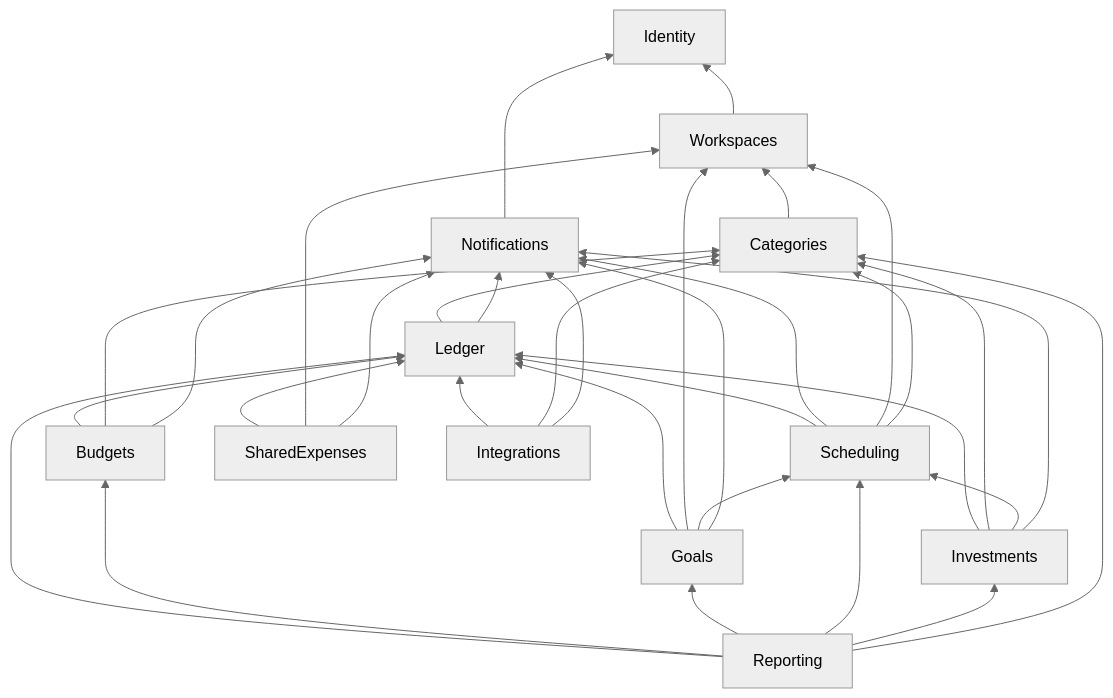
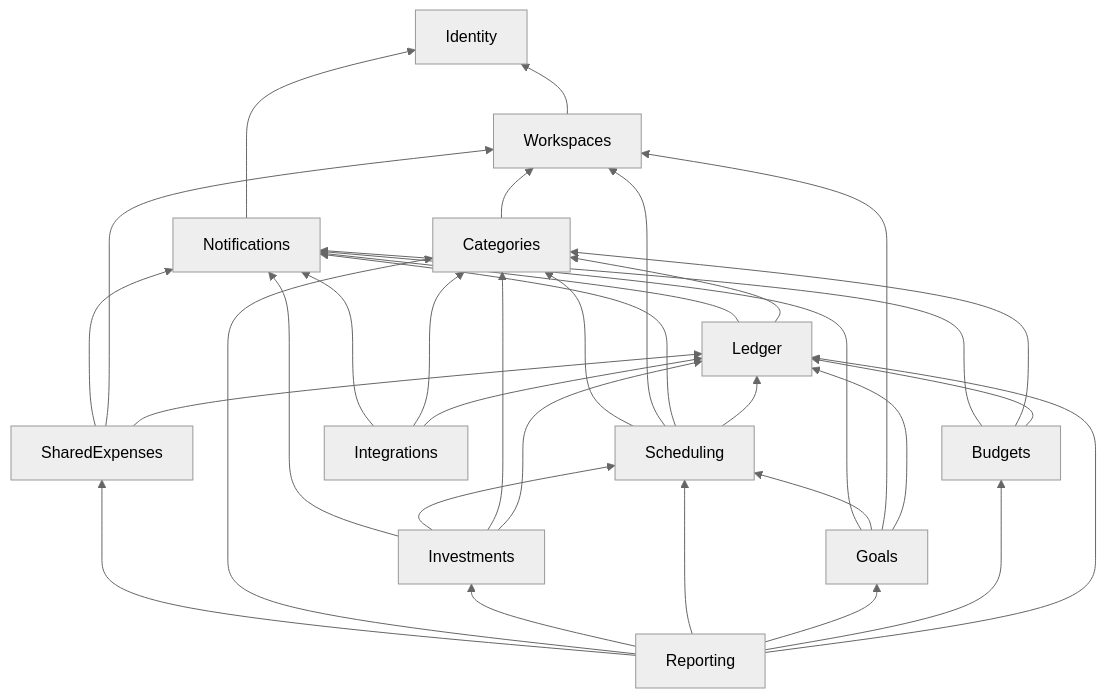
One commit to TorresMBA/finanzas-hub-api changed the diagram in docs/diagrams/modules.md. Above: the diagram before and after it, drawn with Mermaid (neutral theme). The commit also changed 66 other files, not shown here.

````diff
--- a/docs/diagrams/modules.md
+++ b/docs/diagrams/modules.md
@@ -3,48 +3,49 @@
 ```mermaid
 flowchart BT
     ID["Identity"]
     WS["Workspaces"]
     NT["Notifications"]
     CT["Categories"]
     LG["Ledger"]
     SC["Scheduling"]
     BD["Budgets"]
     GL["Goals"]
     SE["SharedExpenses"]
     IN["Integrations"]
     IV["Investments"]
     RP["Reporting"]
 
     WS --> ID
     NT --> ID
     CT --> WS
     LG --> CT
     LG --> NT
     SC --> LG
     SC --> NT
     SC --> WS
     SC --> CT
     BD --> LG
     BD --> CT
     BD --> NT
     GL --> LG
     GL --> WS
     GL --> SC
     GL --> NT
     SE --> LG
     SE --> WS
     SE --> NT
     IN --> LG
     IN --> CT
     IN --> NT
     IV --> LG
     IV --> CT
     IV --> SC
     IV --> NT
     RP --> LG
     RP --> BD
     RP --> GL
     RP --> SC
     RP --> IV
     RP --> CT
+    RP --> SE
 ```
````
